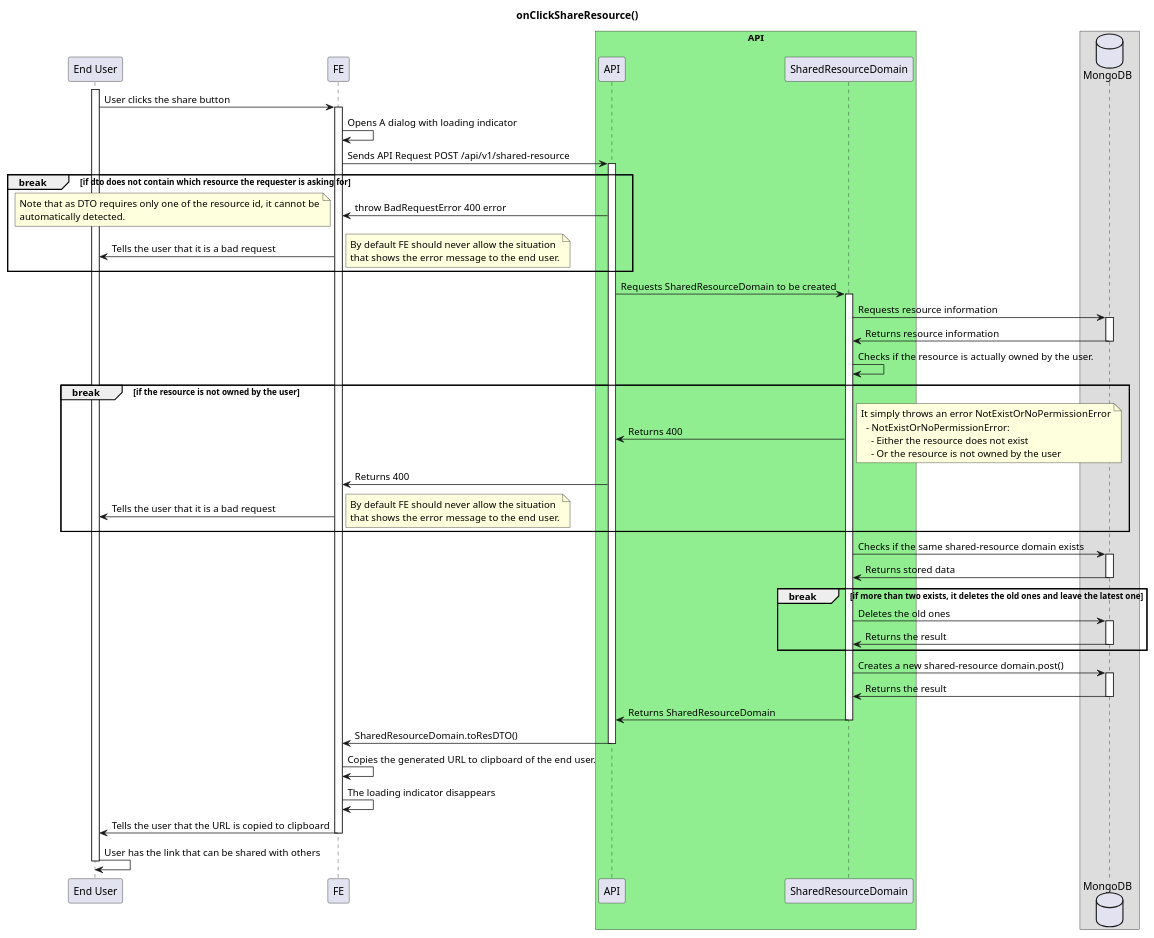
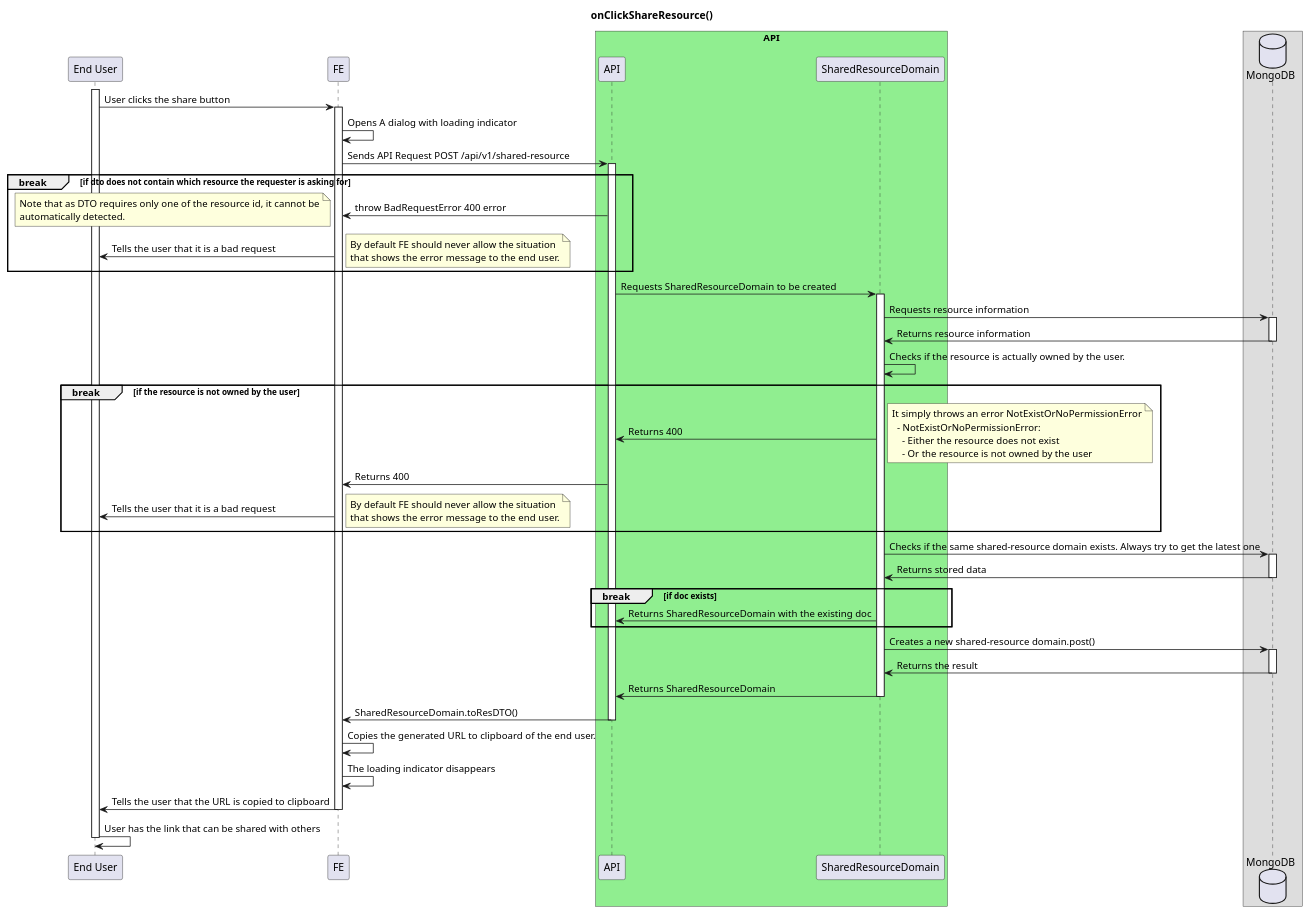
Before and after one commit to ajktown/docs: the first of 2 diagrams in dev/diagrams/on-click-share-resource.md, drawn with PlantUML.

````diff
--- a/dev/diagrams/on-click-share-resource.md
+++ b/dev/diagrams/on-click-share-resource.md
@@ -20,81 +20,78 @@
 ```plantuml
 
 @startuml
 
 title onClickShareResource()
 
 participant "End User" as user
 participant "FE" as fe
 box "API" #Lightgreen
   participant "API" as api
   participant "SharedResourceDomain" as domain
 box
 database "MongoDB" as db
 
 activate user
   user -> fe: User clicks the share button
   activate fe
     fe -> fe: Opens A dialog with loading indicator
     fe -> api: Sends API Request POST /api/v1/shared-resource
     activate api
       break if dto does not contain which resource the requester is asking for
         fe <- api: throw BadRequestError 400 error
         note left
           Note that as DTO requires only one of the resource id, it cannot be
           automatically detected.
         end note
         user <- fe: Tells the user that it is a bad request
         note right
           By default FE should never allow the situation
           that shows the error message to the end user.
         end note
       end break
       api -> domain: Requests SharedResourceDomain to be created
       activate domain
         domain -> db: Requests resource information
         activate db
           domain <- db: Returns resource information
         deactivate db
         domain -> domain: Checks if the resource is actually owned by the user.
         break if the resource is not owned by the user
           api <- domain: Returns 400
           note right
             It simply throws an error NotExistOrNoPermissionError
               - NotExistOrNoPermissionError:
                 - Either the resource does not exist
                 - Or the resource is not owned by the user
           end note
           fe <- api: Returns 400
           user <- fe: Tells the user that it is a bad request
           note right
             By default FE should never allow the situation
             that shows the error message to the end user.
           end note
         end break
-        domain -> db: Checks if the same shared-resource domain exists
+        domain -> db: Checks if the same shared-resource domain exists. Always try to get the latest one
         activate db
           domain <- db: Returns stored data
         deactivate db
-        break if more than two exists, it deletes the old ones and leave the latest one
-          domain -> db: Deletes the old ones
-          activate db
-            domain <- db: Returns the result
-          deactivate db
+        break if doc exists
+          api <- domain: Returns SharedResourceDomain with the existing doc
         end break
         domain -> db: Creates a new shared-resource domain.post()
         activate db
           domain <- db: Returns the result
         deactivate db
         api <- domain: Returns SharedResourceDomain
       deactivate domain
       fe <- api: SharedResourceDomain.toResDTO()
     deactivate api
   fe -> fe: Copies the generated URL to clipboard of the end user.
   fe -> fe: The loading indicator disappears
   user <- fe: Tells the user that the URL is copied to clipboard
   deactivate fe
   user -> user: User has the link that can be shared with others
 deactivate user
 
 
 ```
````
